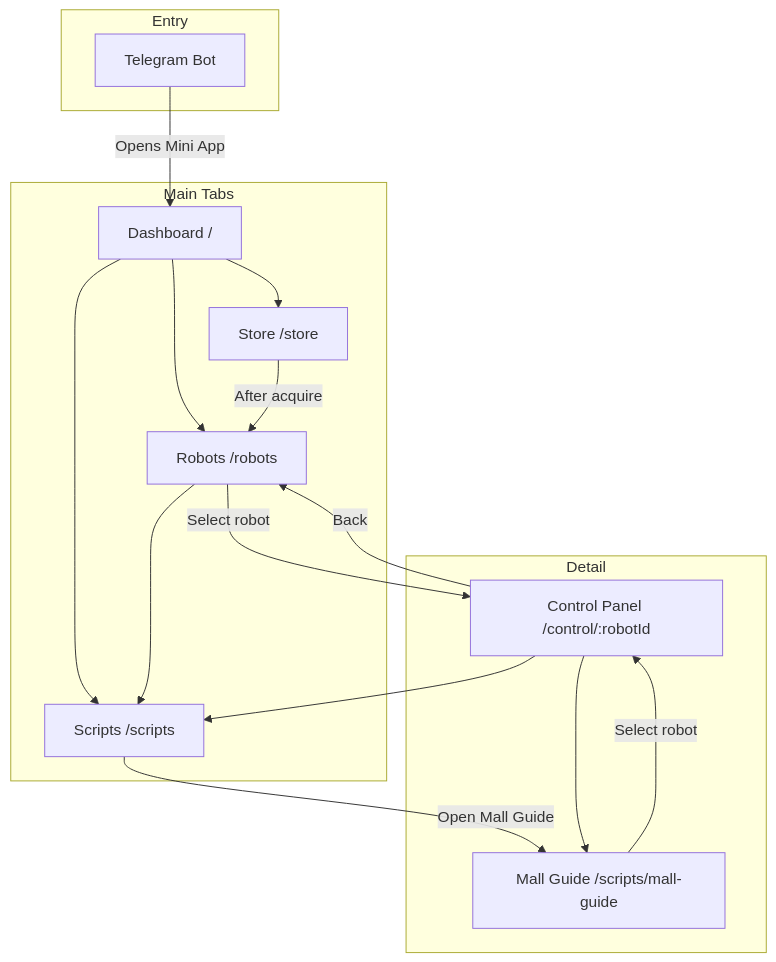
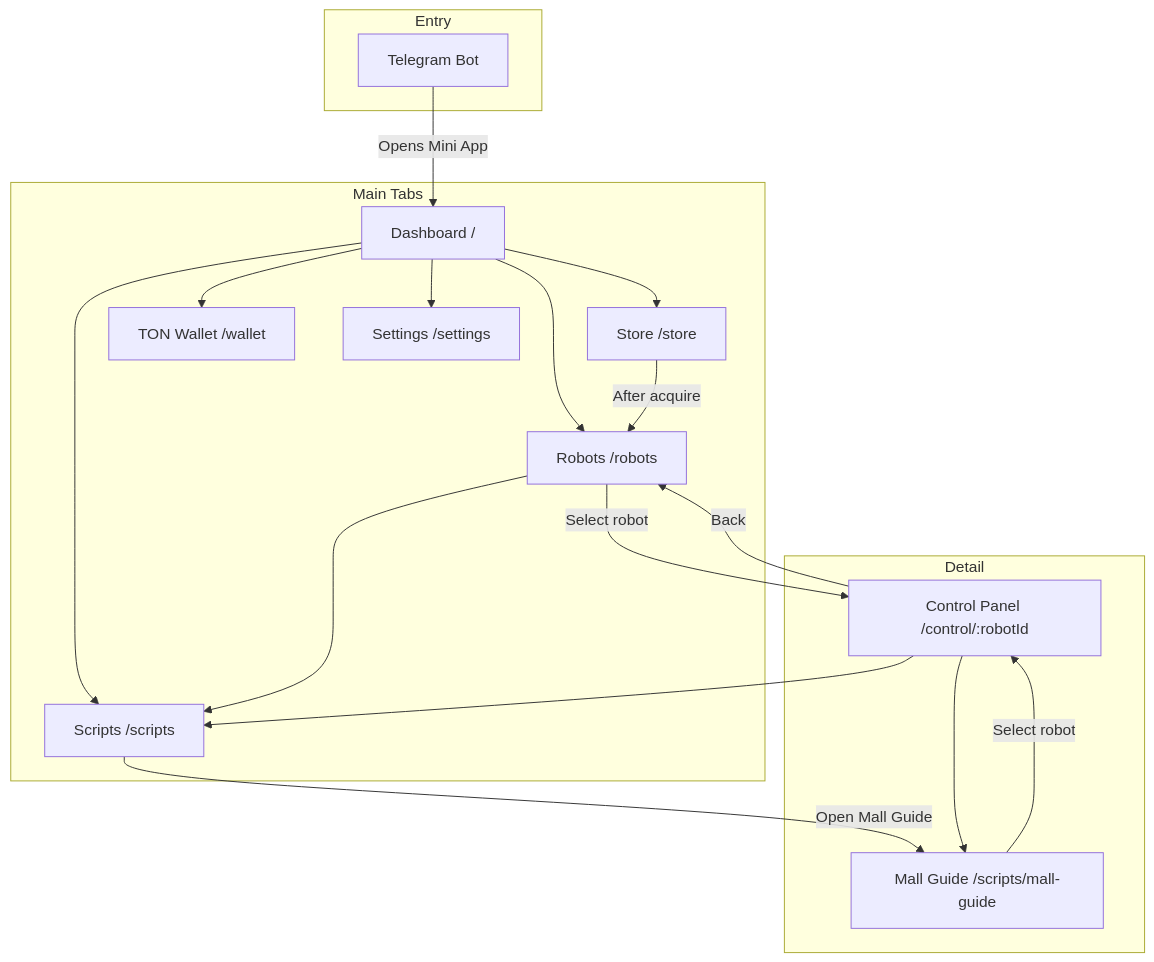
Before and after one commit to Saitosar/sai-aurosy-telegram-mini-app: the first of 2 diagrams in docs/ux/screen-map.md, drawn with Mermaid. The commit also changed other lines of this file and 45 other files, not shown here.

Commit message:
Update environment configuration, enhance README, and refine backend architecture documentation. Added new dependencies for TON Connect and React Three Fiber, and improved API integration details in various documentation files.

````diff
--- a/docs/ux/screen-map.md
+++ b/docs/ux/screen-map.md
@@ -25,31 +28,35 @@
 ```mermaid
 flowchart TB
     subgraph Entry [Entry]
         TelegramBot[Telegram Bot]
     end
 
     subgraph MainTabs [Main Tabs]
         Dashboard[Dashboard /]
         Robots[Robots /robots]
         Store[Store /store]
+        Wallet[TON Wallet /wallet]
         Scripts[Scripts /scripts]
+        Settings[Settings /settings]
     end
 
     subgraph Detail [Detail]
         ControlPanel[Control Panel /control/:robotId]
         MallGuide[Mall Guide /scripts/mall-guide]
     end
 
     TelegramBot -->|"Opens Mini App"| Dashboard
     Dashboard --> Robots
     Dashboard --> Store
+    Dashboard --> Wallet
     Dashboard --> Scripts
+    Dashboard --> Settings
     Robots -->|"Select robot"| ControlPanel
     Robots --> Scripts
     Store -->|"After acquire"| Robots
     Scripts -->|"Open Mall Guide"| MallGuide
     MallGuide -->|"Select robot"| ControlPanel
     ControlPanel -->|"Back"| Robots
     ControlPanel --> Scripts
     ControlPanel --> MallGuide
 ```
````
